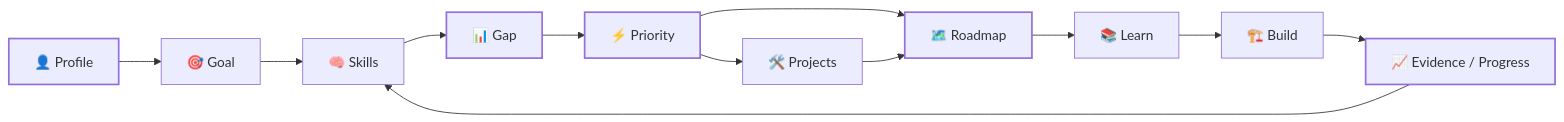
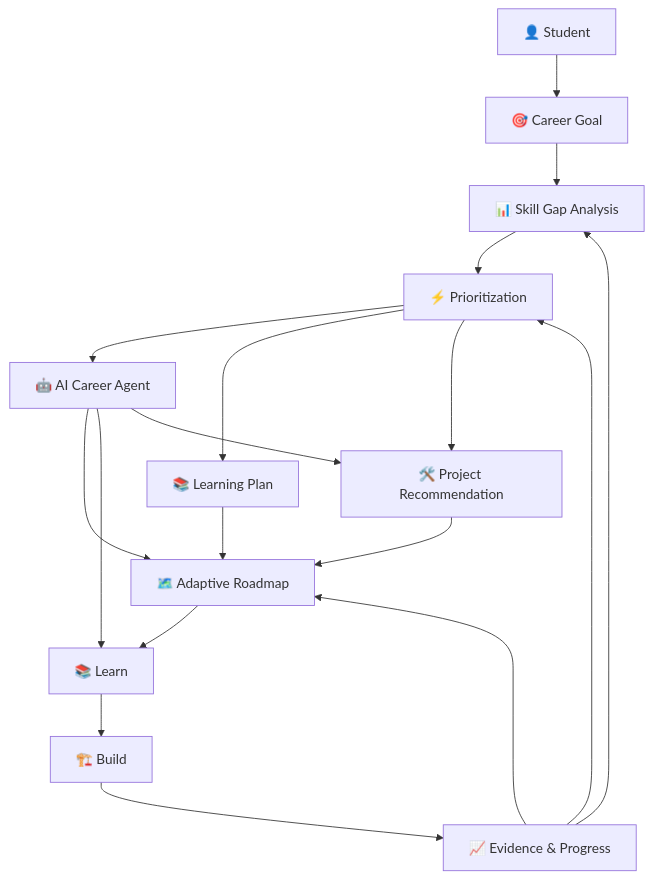
The sixth of 9 diagrams in README.md (itsdivyanshuno/gaply-bnb-2026), drawn with Mermaid before and after one commit. The commit also changed other lines of this file, not shown here.

````diff
--- a/README.md
+++ b/README.md
@@ -306,20 +305,29 @@
 ```mermaid
-flowchart LR
-    A["👤 Profile"] --> B["🎯 Goal"]
-    B --> C["🧠 Skills"]
-    C --> D["📊 Gap"]
-    D --> E["⚡ Priority"]
-    E --> F["🛠️ Projects"]
-    E --> G["🗺️ Roadmap"]
-    F --> G
-    G --> H["📚 Learn"]
-    H --> I["🏗️ Build"]
-    I --> J["📈 Evidence / Progress"]
-    J --> C
+flowchart TD
+    A["👤 Student"] --> B["🎯 Career Goal"]
 
-    style A stroke-width:2px
-    style D stroke-width:2px
-    style E stroke-width:2px
-    style G stroke-width:2px
-    style J stroke-width:2px
+    B --> C["📊 Skill Gap Analysis"]
+
+    C --> D["⚡ Prioritization"]
+
+    D --> E["🤖 AI Career Agent"]
+
+    D --> F["📚 Learning Plan"]
+
+    D --> G["🛠️ Project Recommendation"]
+
+    F --> H["🗺️ Adaptive Roadmap"]
+    G --> H
+
+    H --> I["📚 Learn"]
+    I --> J["🏗️ Build"]
+    J --> K["📈 Evidence & Progress"]
+
+    K --> C
+    K --> D
+    K --> H
+
+    E --> H
+    E --> I
+    E --> G
 ```
````
